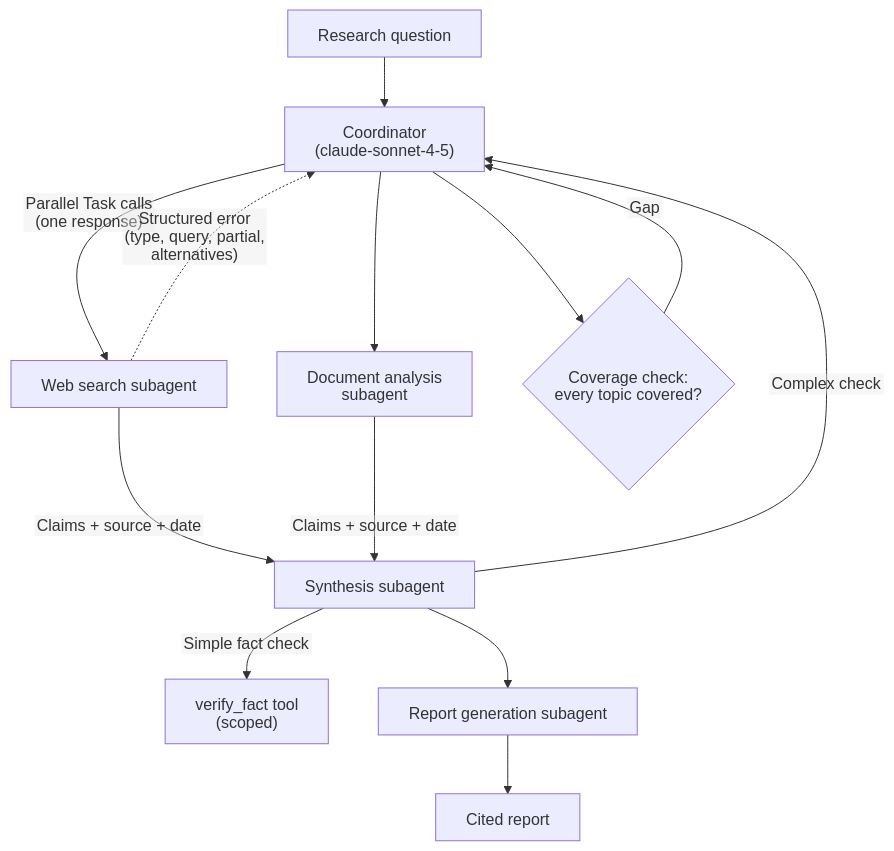
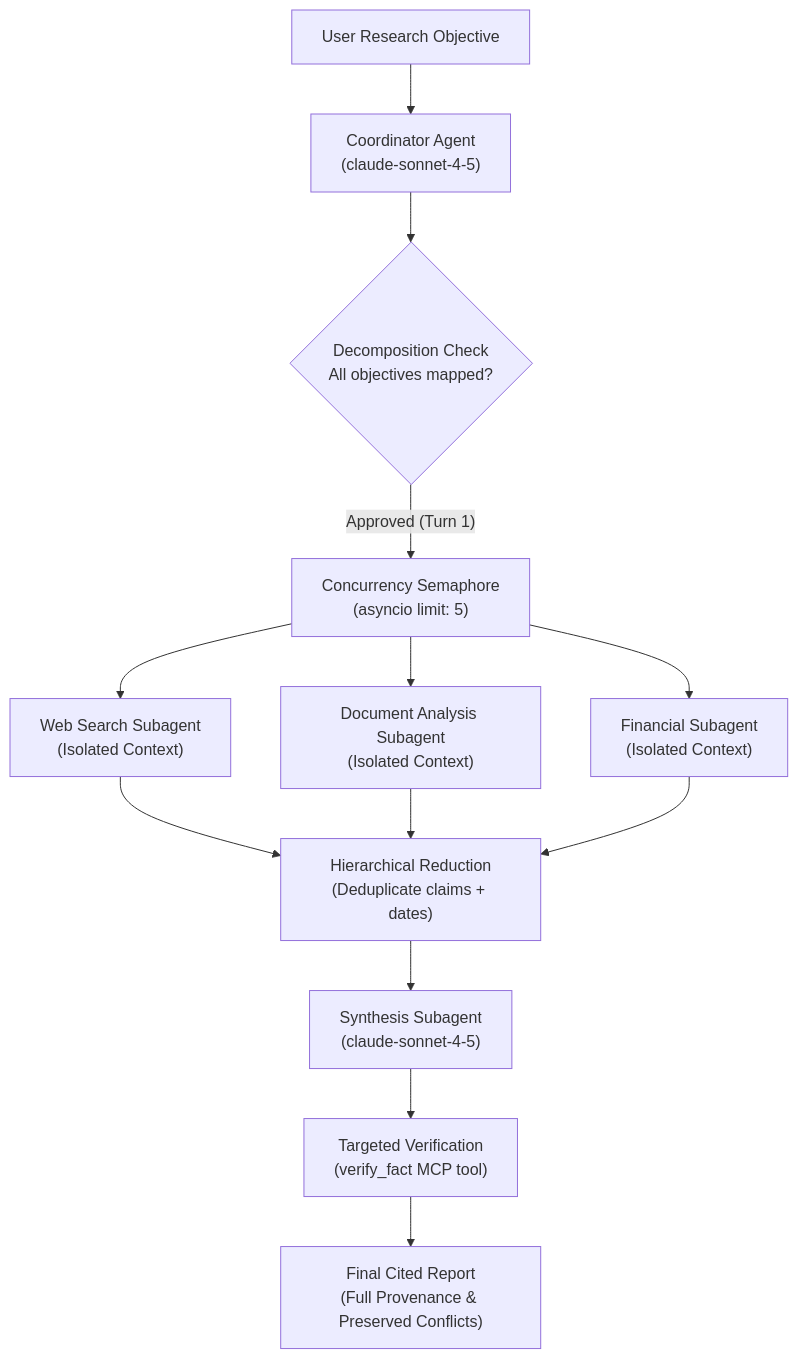
One commit to dip4k/claude_cert_architect_foundation_prep changed the first of 2 diagrams in scenarios/scenario_3_multi_agent_research/SCENARIO_GUIDE.md. Above: the diagram before and after it, drawn with Mermaid. The commit also changed other lines of this file and 99 other files, not shown here.

````diff
--- a/scenarios/scenario_3_multi_agent_research/SCENARIO_GUIDE.md
+++ b/scenarios/scenario_3_multi_agent_research/SCENARIO_GUIDE.md
@@ -18,19 +20,16 @@
 ```mermaid
----
-config:
-  htmlLabels: false
----
 flowchart TD
-    User["Research question"] --> Coord["Coordinator<br>(claude-sonnet-4-5)"]
-    Coord -->|"Parallel Task calls<br>(one response)"| Web["Web search subagent"]
-    Coord --> Doc["Document analysis subagent"]
-    Web -->|"Claims + source + date"| Synth["Synthesis subagent"]
-    Doc -->|"Claims + source + date"| Synth
-    Web -.->|"Structured error<br>(type, query, partial, alternatives)"| Coord
-    Synth -->|"Simple fact check"| Verify["verify_fact tool<br>(scoped)"]
-    Synth -->|"Complex check"| Coord
-    Synth --> Report["Report generation subagent"]
-    Coord --> Cover{"Coverage check:<br>every topic covered?"}
-    Cover -->|"Gap"| Coord
-    Report --> Out["Cited report"]
+    User["User Research Objective"] --> Coord["Coordinator Agent<br>(claude-sonnet-4-5)"]
+    Coord --> Decomp{"Decomposition Check<br>All objectives mapped?"}
+
+    Decomp -->|"Approved (Turn 1)"| Throttle["Concurrency Semaphore<br>(asyncio limit: 5)"]
+
+    Throttle --> SubWeb["Web Search Subagent<br>(Isolated Context)"]
+    Throttle --> SubDoc["Document Analysis Subagent<br>(Isolated Context)"]
+    Throttle --> SubFin["Financial Subagent<br>(Isolated Context)"]
+
+    SubWeb & SubDoc & SubFin --> Reducer["Hierarchical Reduction<br>(Deduplicate claims + dates)"]
+    Reducer --> Synth["Synthesis Subagent<br>(claude-sonnet-4-5)"]
+    Synth --> Verify["Targeted Verification<br>(verify_fact MCP tool)"]
+    Verify --> Out["Final Cited Report<br>(Full Provenance & Preserved Conflicts)"]
 ```
````
